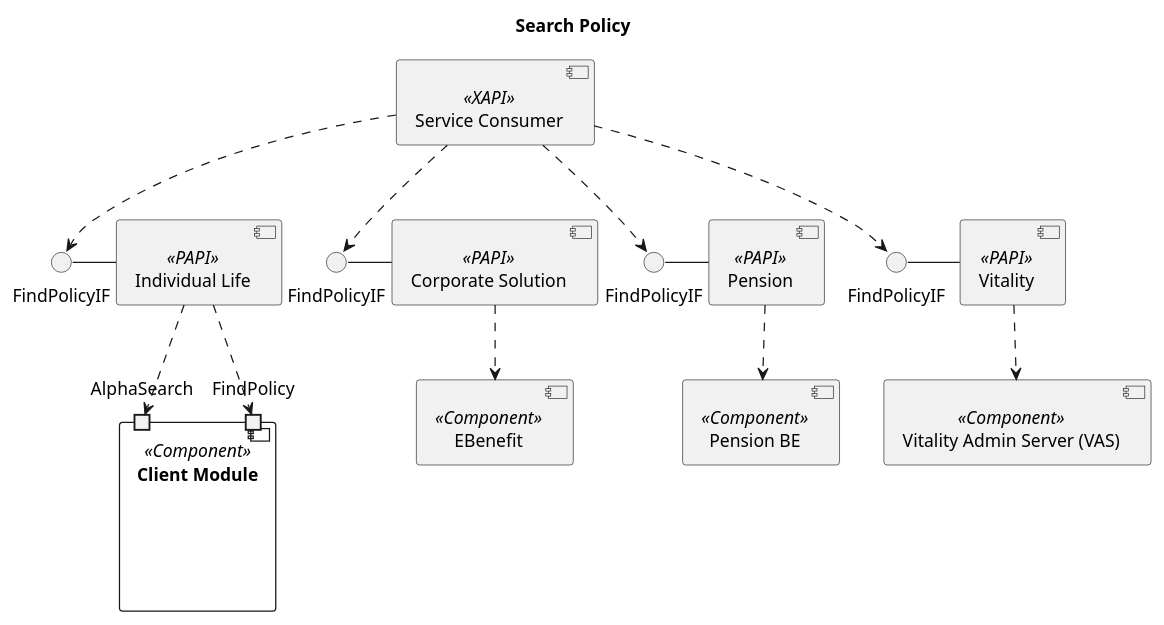
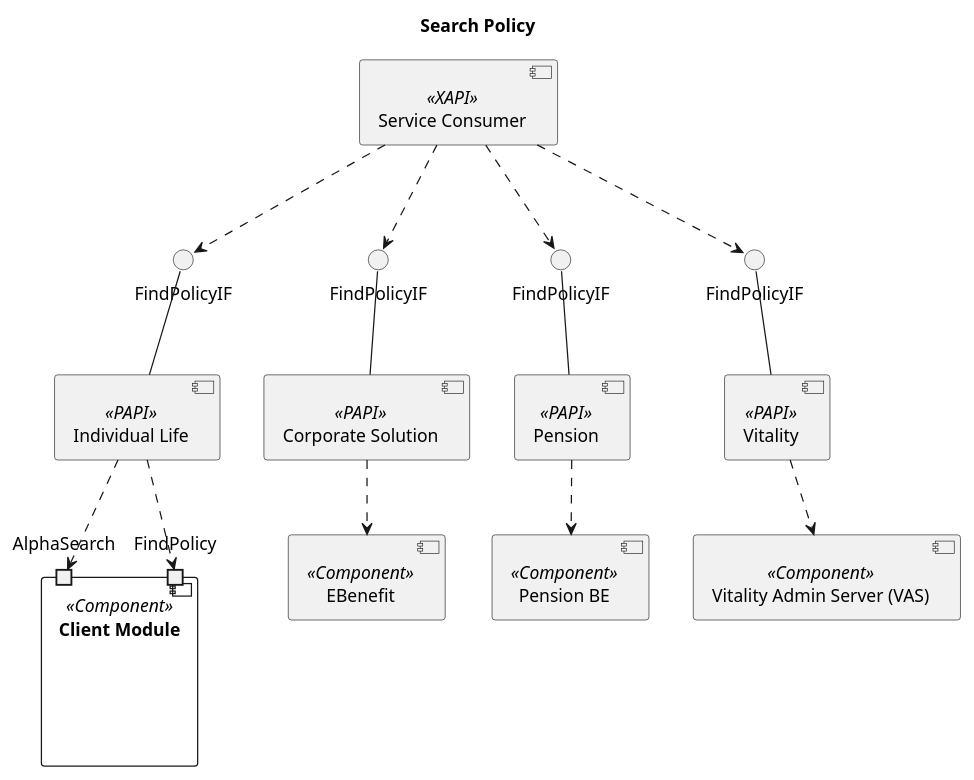
The diagram in DDD/src/main/plantuml/UserRegistration/find_policy_By_BUs-component.puml (dennisholee/ArchitectureDojo), drawn with PlantUML before and after one commit. The commit also changed 2 other files, not shown here.

Commit message:
Update UML diagrams.

```diff
--- a/DDD/src/main/plantuml/UserRegistration/find_policy_By_BUs-component.puml
+++ b/DDD/src/main/plantuml/UserRegistration/find_policy_By_BUs-component.puml
@@ -1,48 +1,48 @@
 @startuml
 
 Title Search Policy
 
 component [Service Consumer] as SC << XAPI >>
 component [Individual Life] as IL << PAPI >>
 component [Corporate Solution] as CS << PAPI >>
 component [Pension] as PT << PAPI >>
 component [Vitality] as VT << PAPI >>
 
 component [Client Module] as CM << Component >>
 component [EBenefit] as EB << Component >>
 component [Vitality Admin Server (VAS)] as VAS << Component >>
 component [Pension BE] as PTBE << Component >>
 
 component CM {
   port AlphaSearch
   port FindPolicy
 }
 
 interface FindPolicyIF as PII1
 interface FindPolicyIF as PII2
 interface FindPolicyIF as PII3
 interface FindPolicyIF as PII4
 
  
-SC ..> PII1
-SC ..> PII2
-SC ..> PII3
-SC ..> PII4
+SC .d.> PII1
+SC .d.> PII2
+SC .d.> PII3
+SC .d.> PII4
 
-PII1 - IL
-PII2 - CS
-PII3 - PT
-PII4 - VT
+PII1 -d- IL
+PII2 -d- CS
+PII3 -d- PT
+PII4 -d- VT
 
-IL ..> AlphaSearch
-IL ..> FindPolicy
+IL .d.> AlphaSearch
+IL .d.> FindPolicy
 
-CS ..> EB
+CS .d.> EB
 
-VT ..> VAS
+VT .d.> VAS
 
-PT ..> PTBE
+PT .d.> PTBE
 
 
 
 @enduml
```
